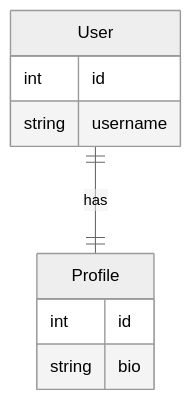
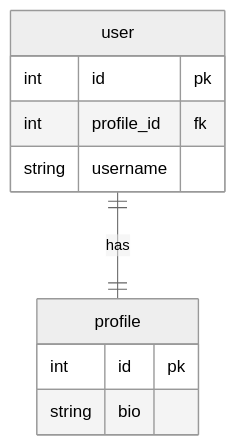
Before and after one commit to iacobucci/tesi-triennale: the sixth of 8 diagrams in 2-2-typeorm.md, drawn with Mermaid. The commit also changed other lines of this file and 1 other file, not shown here.

````diff
--- a/2-2-typeorm.md
+++ b/2-2-typeorm.md
@@ -593,13 +606,14 @@
 ```mermaid {height=4.5cm}
 %%{init: {'theme': 'neutral', 'mirrorActors': false} }%%
 erDiagram
-    User ||--|| Profile : has
-    User {
-        int id
+    user ||--|| profile : has
+    user {
+        int id pk
+		int profile_id fk
         string username
     }
-    Profile {
-        int id
+    profile {
+        int id pk
         string bio
     }
 ```
````
